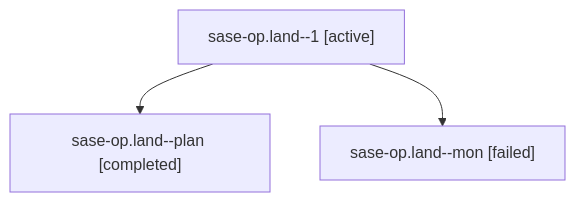
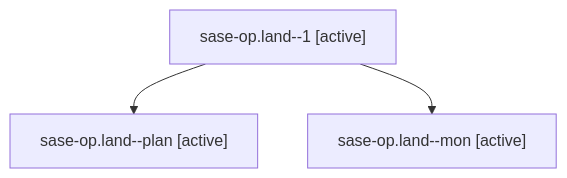
One commit to sase-org/sase--agents changed the diagram in families/bbugyi200.athena.sase-op.land.md. Above: the diagram before and after it, drawn with Mermaid. The commit also changed other lines of this file and 35830 other files, not shown here.

````diff
--- a/families/bbugyi200.athena.sase-op.land.md
+++ b/families/bbugyi200.athena.sase-op.land.md
@@ -9,8 +9,8 @@
 ```mermaid
 flowchart TD
   n0["sase-op.land--1 [active]"]
-  n1["sase-op.land--plan [completed]"]
+  n1["sase-op.land--plan [active]"]
   n0 --> n1
-  n2["sase-op.land--mon [failed]"]
+  n2["sase-op.land--mon [active]"]
   n0 --> n2
 ```
````
